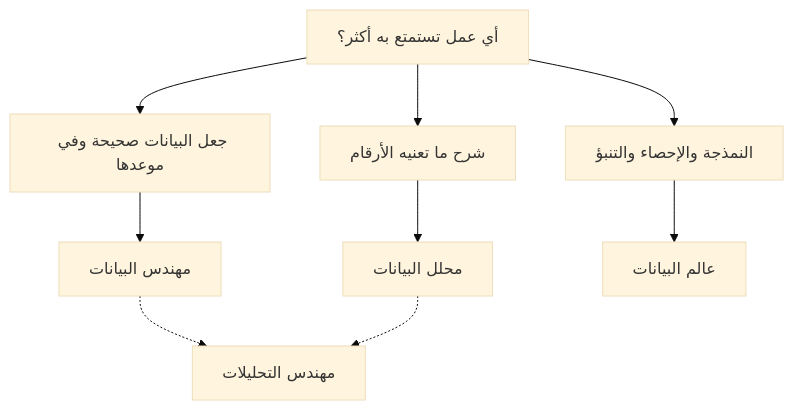
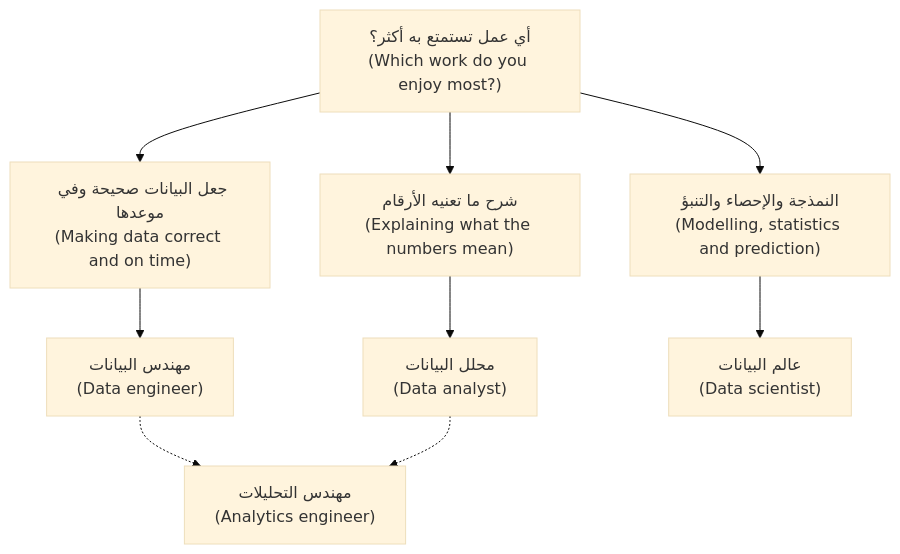
The third of 4 diagrams in career/modules/02-paths.ar.md (Tamoura/system-design-for-vibe-coders), drawn with Mermaid (base theme) before and after one commit. The commit also changed other lines of this file and 20 other files, not shown here.

First line of the commit message:
New courses: Arabic diagrams read right-to-left with English labels (modules 0–6)

````diff
--- a/career/modules/02-paths.ar.md
+++ b/career/modules/02-paths.ar.md
@@ -510,11 +510,11 @@
 ```mermaid
 flowchart TD
-    A["أي عمل تستمتع به أكثر؟"] --> B["شرح ما تعنيه الأرقام"]
-    A --> C["جعل البيانات صحيحة وفي موعدها"]
-    A --> D["النمذجة والإحصاء والتنبؤ"]
-    B --> E["محلل البيانات"]
-    C --> F["مهندس البيانات"]
-    D --> G["عالم البيانات"]
-    F -.-> H["مهندس التحليلات"]
+    A["أي عمل تستمتع به أكثر؟<br/>(Which work do you enjoy most?)"] --> B["شرح ما تعنيه الأرقام<br/>(Explaining what the numbers mean)"]
+    A --> C["جعل البيانات صحيحة وفي موعدها<br/>(Making data correct and on time)"]
+    A --> D["النمذجة والإحصاء والتنبؤ<br/>(Modelling, statistics and prediction)"]
+    B --> E["محلل البيانات<br/>(Data analyst)"]
+    C --> F["مهندس البيانات<br/>(Data engineer)"]
+    D --> G["عالم البيانات<br/>(Data scientist)"]
+    F -.-> H["مهندس التحليلات<br/>(Analytics engineer)"]
     E -.-> H
 ```
````
